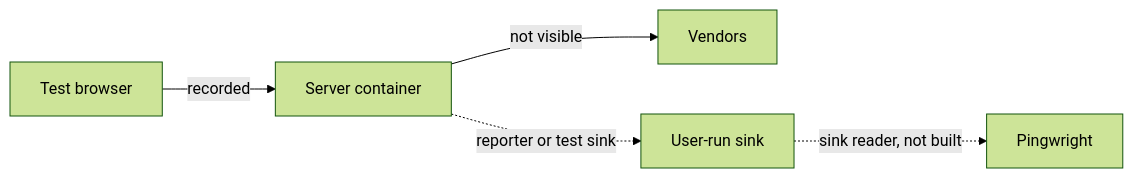
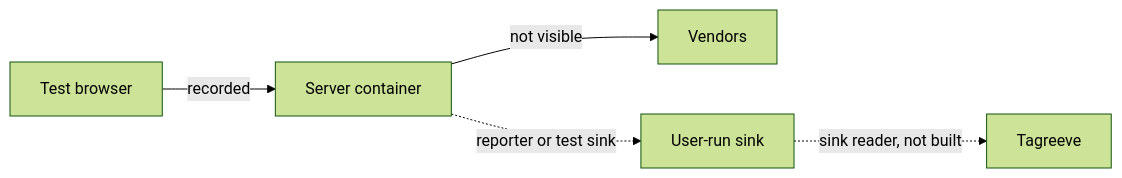
One commit to alfhen/pingwright changed the second of 2 diagrams in docs/design.md. Above: the diagram before and after it, drawn with Mermaid (forest theme). The commit also changed other lines of this file and 174 other files, not shown here.

First line of the commit message:
Rename Pingwright to Tagreeve

````diff
--- a/docs/design.md
+++ b/docs/design.md
@@ -316,7 +318,7 @@
 ```mermaid
 flowchart LR
   B[Test browser] -->|recorded| S[Server container]
   S -->|not visible| V[Vendors]
   S -.->|reporter or test sink| K[User-run sink]
-  K -.->|sink reader, not built| P[Pingwright]
+  K -.->|sink reader, not built| P[Tagreeve]
 ```
````
